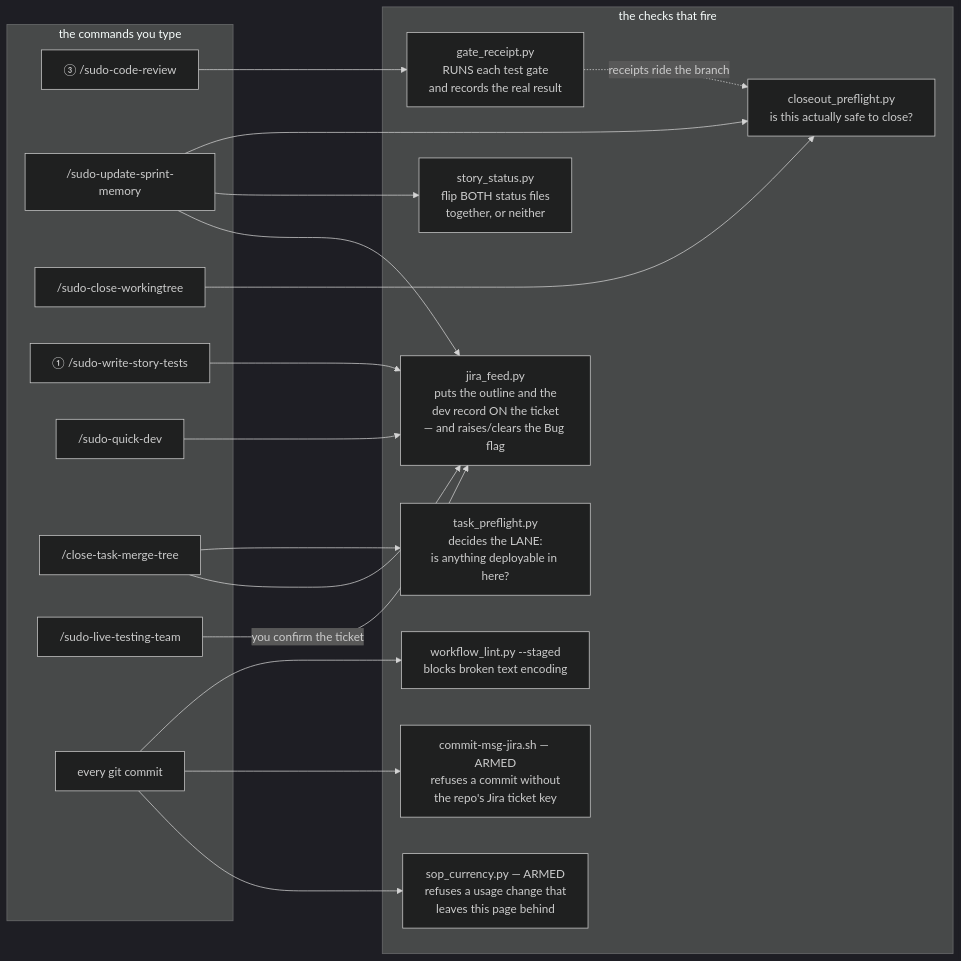
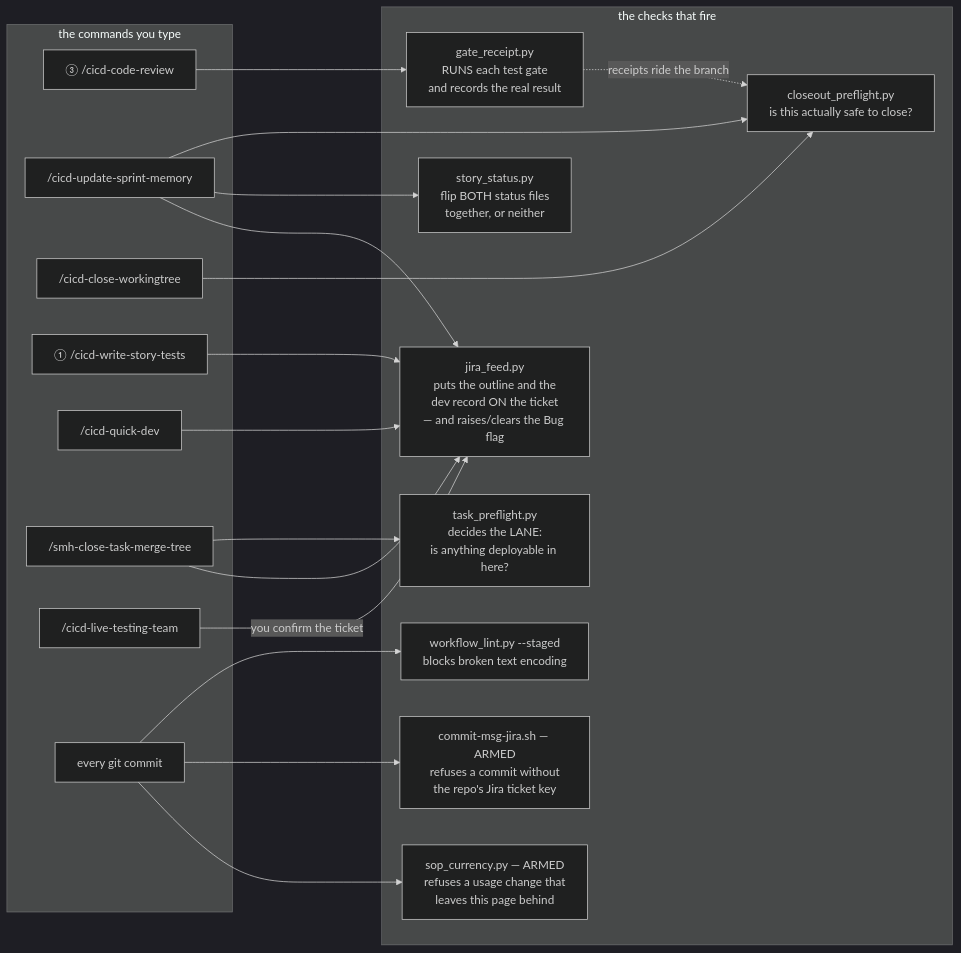
One commit to sudomadhatter/Sudo_Hatter_Command changed the third of 8 diagrams in _my_resources/_quick_reference/sudo_workflows_testing.md. Above: the diagram before and after it, drawn with Mermaid (dark theme). The commit also changed other lines of this file and 402 other files, not shown here.

````diff
--- a/_my_resources/_quick_reference/sudo_workflows_testing.md
+++ b/_my_resources/_quick_reference/sudo_workflows_testing.md
@@ -315,37 +316,37 @@
 ```mermaid
 flowchart LR
     subgraph CMD ["the commands you type"]
-        R["③ /sudo-code-review"]
-        M["/sudo-update-sprint-memory"]
-        W["/sudo-close-workingtree"]
-        S["① /sudo-write-story-tests"]
-        Q["/sudo-quick-dev"]
-        T["/close-task-merge-tree"]
-        L["/sudo-live-testing-team"]
+        R["③ /cicd-code-review"]
+        M["/cicd-update-sprint-memory"]
+        W["/cicd-close-workingtree"]
+        S["① /cicd-write-story-tests"]
+        Q["/cicd-quick-dev"]
+        T["/smh-close-task-merge-tree"]
+        L["/cicd-live-testing-team"]
         G["every git commit"]
     end
     subgraph CHK ["the checks that fire"]
         GR["gate_receipt.py\nRUNS each test gate\nand records the real result"]
         CP["closeout_preflight.py\nis this actually safe to close?"]
         SS["story_status.py\nflip BOTH status files\ntogether, or neither"]
         WL["workflow_lint.py --staged\nblocks broken text encoding"]
         JH["commit-msg-jira.sh — ARMED\nrefuses a commit without\nthe repo's Jira ticket key"]
         SC["sop_currency.py — ARMED\nrefuses a usage change that\nleaves this page behind"]
         JF["jira_feed.py\nputs the outline and the\ndev record ON the ticket\n— and raises/clears the Bug flag"]
         TP["task_preflight.py\ndecides the LANE:\nis anything deployable in here?"]
     end
     R --> GR
     M --> CP
     M --> SS
     M --> JF
     S --> JF
     Q --> JF
     T --> TP
     T --> JF
     L -->|"you confirm the ticket"| JF
     W --> CP
     G --> WL
     G --> JH
     G --> SC
     GR -.->|"receipts ride the branch"| CP
 ```
````
